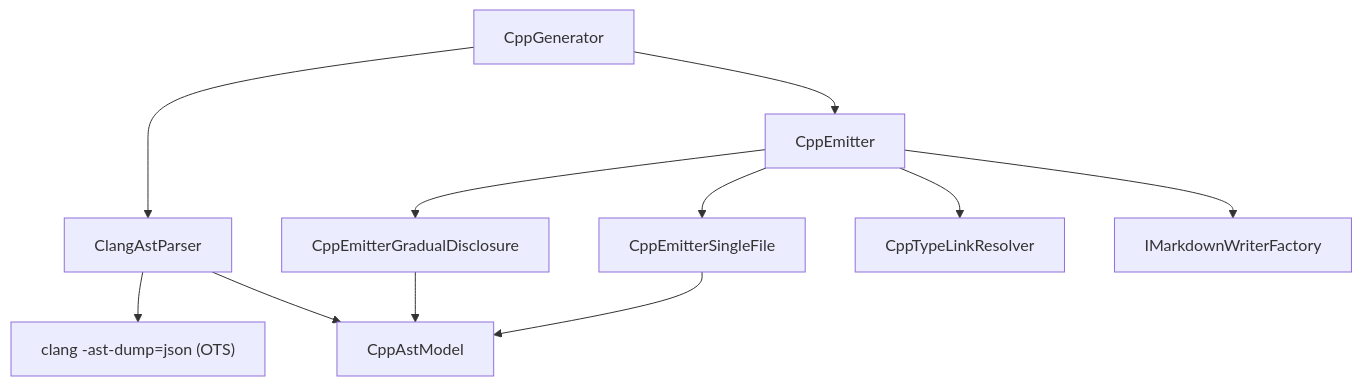
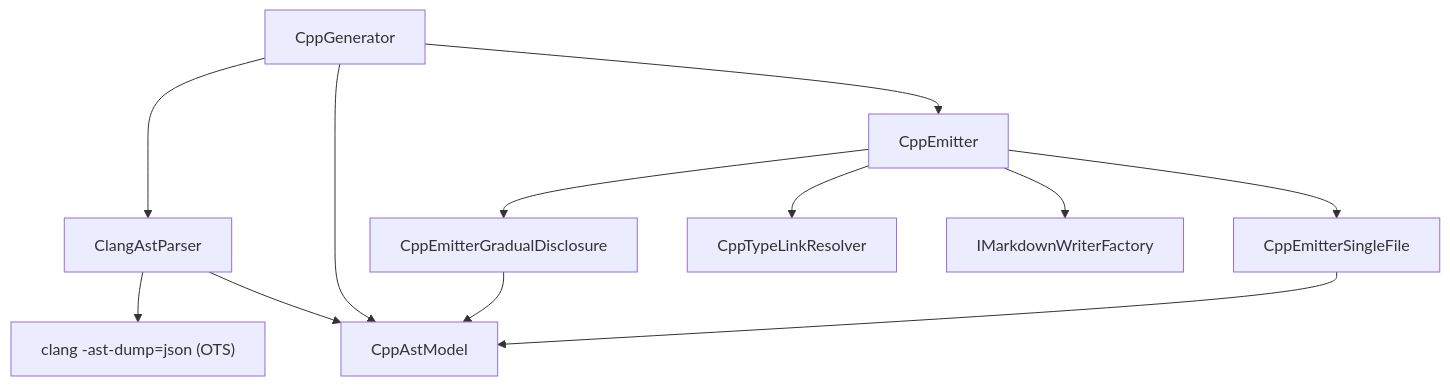
One commit to demaconsulting/ApiMark changed the diagram in docs/design/api-mark-cpp.md. Above: the diagram before and after it, drawn with Mermaid. The commit also changed other lines of this file and 21 other files, not shown here.

````diff
--- a/docs/design/api-mark-cpp.md
+++ b/docs/design/api-mark-cpp.md
@@ -25,13 +25,14 @@
 ```mermaid
 flowchart TD
     CppGenerator --> ClangAstParser
     ClangAstParser --> clang["clang -ast-dump=json (OTS)"]
     ClangAstParser --> CppAstModel
+    CppGenerator --> CppAstModel
     CppGenerator --> CppEmitter
     CppEmitter --> CppEmitterGradualDisclosure
     CppEmitter --> CppEmitterSingleFile
     CppEmitter --> CppTypeLinkResolver
     CppEmitter --> IMarkdownWriterFactory
     CppEmitterGradualDisclosure --> CppAstModel
     CppEmitterSingleFile --> CppAstModel
 ```
````
